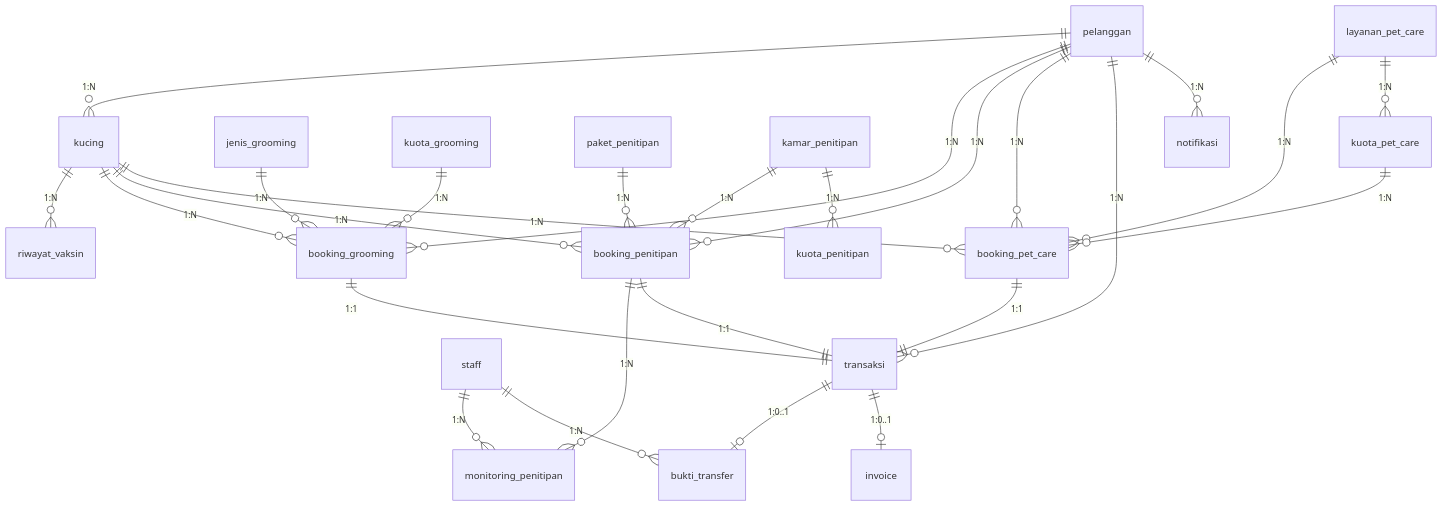
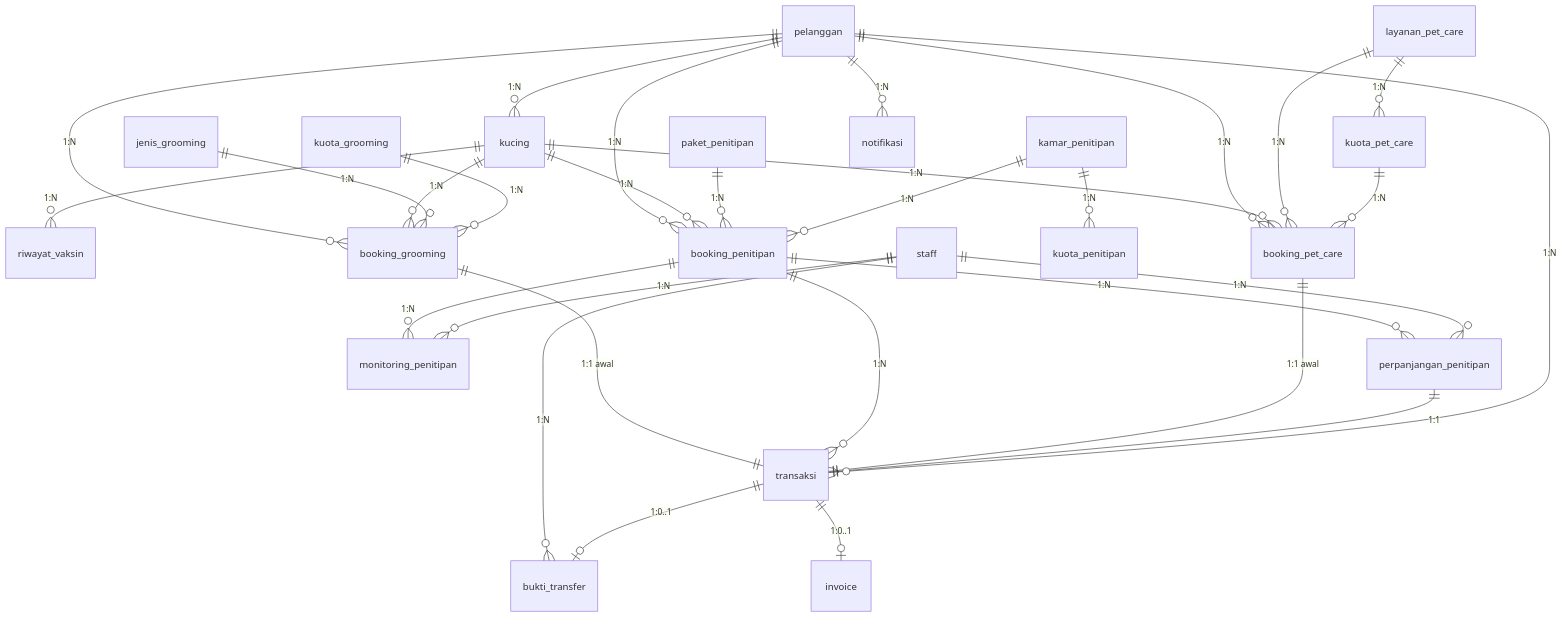
The tenth of 10 diagrams in diagrams/erd/erd-diagram.md (nonamebkz/pet-hotel), drawn with Mermaid before and after one commit. The commit also changed other lines of this file and 24 other files, not shown here.

Commit message:
Add support for pet boarding extension requests, including new database schema, updated diagrams, and modified activity flows. Enhance transaction handling for extensions and update related documentation.

````diff
--- a/diagrams/erd/erd-diagram.md
+++ b/diagrams/erd/erd-diagram.md
@@ -465,38 +497,41 @@
 ```mermaid
 erDiagram
     pelanggan ||--o{ kucing : "1:N"
     kucing ||--o{ riwayat_vaksin : "1:N"
 
     pelanggan ||--o{ booking_grooming : "1:N"
     pelanggan ||--o{ booking_penitipan : "1:N"
     pelanggan ||--o{ booking_pet_care : "1:N"
 
     kucing ||--o{ booking_grooming : "1:N"
     kucing ||--o{ booking_penitipan : "1:N"
     kucing ||--o{ booking_pet_care : "1:N"
 
     jenis_grooming ||--o{ booking_grooming : "1:N"
     kuota_grooming ||--o{ booking_grooming : "1:N"
 
     paket_penitipan ||--o{ booking_penitipan : "1:N"
     kamar_penitipan ||--o{ booking_penitipan : "1:N"
     kamar_penitipan ||--o{ kuota_penitipan : "1:N"
 
     layanan_pet_care ||--o{ booking_pet_care : "1:N"
     layanan_pet_care ||--o{ kuota_pet_care : "1:N"
     kuota_pet_care ||--o{ booking_pet_care : "1:N"
 
     booking_penitipan ||--o{ monitoring_penitipan : "1:N"
+    booking_penitipan ||--o{ perpanjangan_penitipan : "1:N"
     staff ||--o{ monitoring_penitipan : "1:N"
+    staff ||--o{ perpanjangan_penitipan : "1:N"
     staff ||--o{ bukti_transfer : "1:N"
 
-    booking_grooming ||--|| transaksi : "1:1"
-    booking_penitipan ||--|| transaksi : "1:1"
-    booking_pet_care ||--|| transaksi : "1:1"
+    booking_grooming ||--|| transaksi : "1:1 awal"
+    booking_penitipan ||--o{ transaksi : "1:N"
+    booking_pet_care ||--|| transaksi : "1:1 awal"
+    perpanjangan_penitipan ||--|| transaksi : "1:1"
 
     transaksi ||--o| bukti_transfer : "1:0..1"
     transaksi ||--o| invoice : "1:0..1"
 
     pelanggan ||--o{ transaksi : "1:N"
     pelanggan ||--o{ notifikasi : "1:N"
 ```
````
